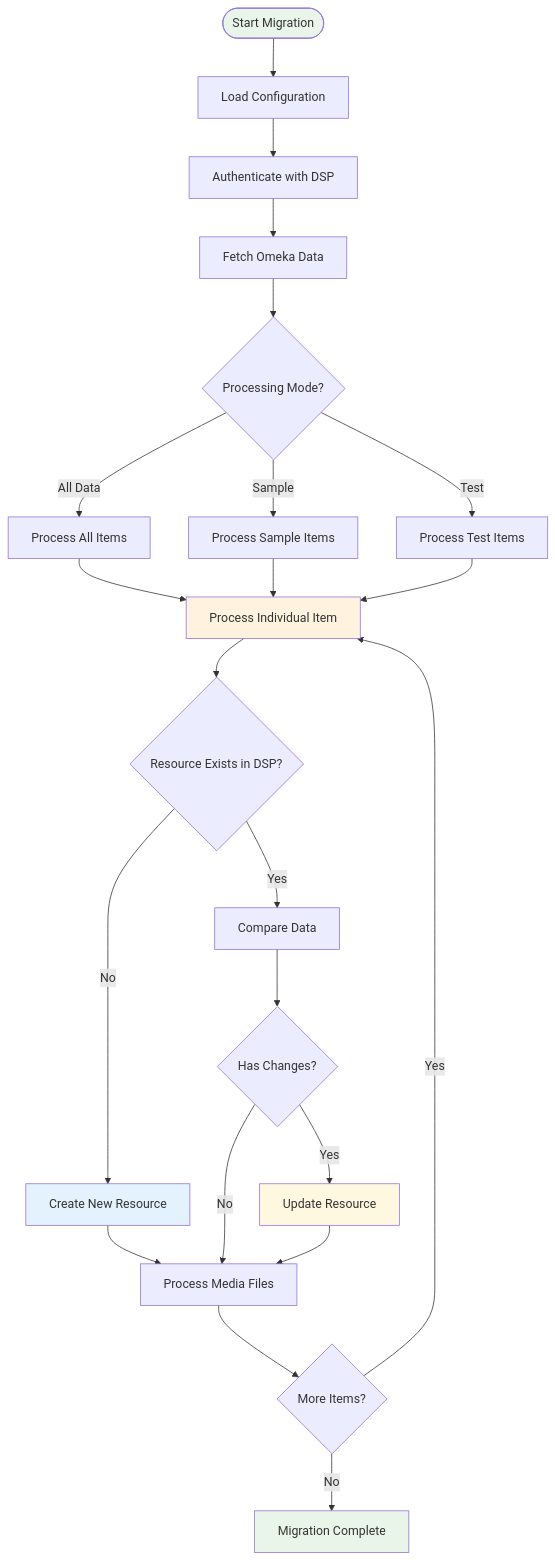
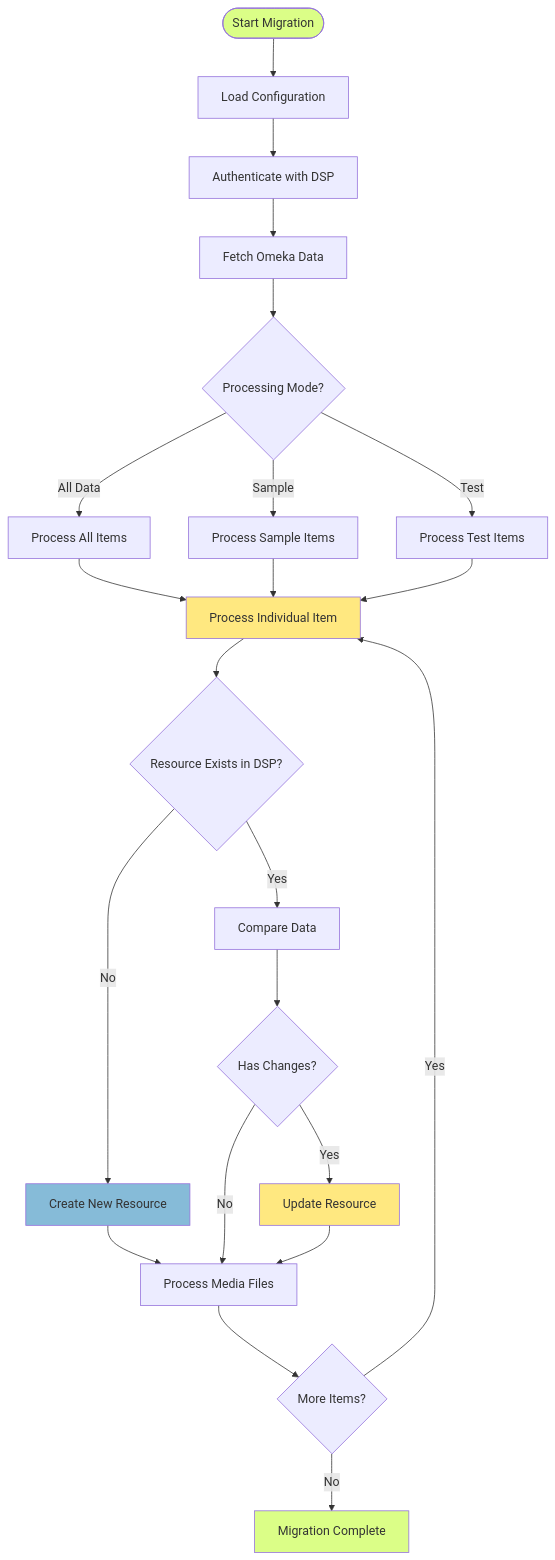
Before and after one commit to Stadt-Geschichte-Basel/omeka2dsp: the fifth of 9 diagrams in docs/architecture/index.qmd, drawn with Mermaid. The commit also changed other lines of this file and 22 other files, not shown here.

````diff
--- a/docs/architecture/index.qmd
+++ b/docs/architecture/index.qmd
@@ -235,37 +233,37 @@
 ```{mermaid}
 flowchart TD
     Start([Start Migration]) --> Config[Load Configuration]
     Config --> Auth[Authenticate with DSP]
     Auth --> FetchOmeka[Fetch Omeka Data]
     
     FetchOmeka --> FilterMode{Processing Mode?}
     FilterMode -->|All Data| AllItems[Process All Items]
     FilterMode -->|Sample| SampleItems[Process Sample Items]
     FilterMode -->|Test| TestItems[Process Test Items]
     
     AllItems --> ProcessItem[Process Individual Item]
     SampleItems --> ProcessItem
     TestItems --> ProcessItem
     
     ProcessItem --> CheckExists{Resource Exists in DSP?}
     
     CheckExists -->|No| CreateNew[Create New Resource]
     CheckExists -->|Yes| CompareData[Compare Data]
     
     CreateNew --> ProcessMedia[Process Media Files]
     CompareData --> HasChanges{Has Changes?}
     
     HasChanges -->|Yes| UpdateExisting[Update Resource]
     HasChanges -->|No| ProcessMedia
     UpdateExisting --> ProcessMedia
     
     ProcessMedia --> MoreItems{More Items?}
     MoreItems -->|Yes| ProcessItem
     MoreItems -->|No| Complete[Migration Complete]
     
-    style Start fill:#e8f5e8
-    style Complete fill:#e8f5e8
-    style ProcessItem fill:#fff3e0
-    style CreateNew fill:#e3f2fd
-    style UpdateExisting fill:#fff8e1
+    style Start fill:#dbfe87
+    style Complete fill:#dbfe87
+    style ProcessItem fill:#ffe880
+    style CreateNew fill:#86bbd8
+    style UpdateExisting fill:#ffe880
 ```
````
